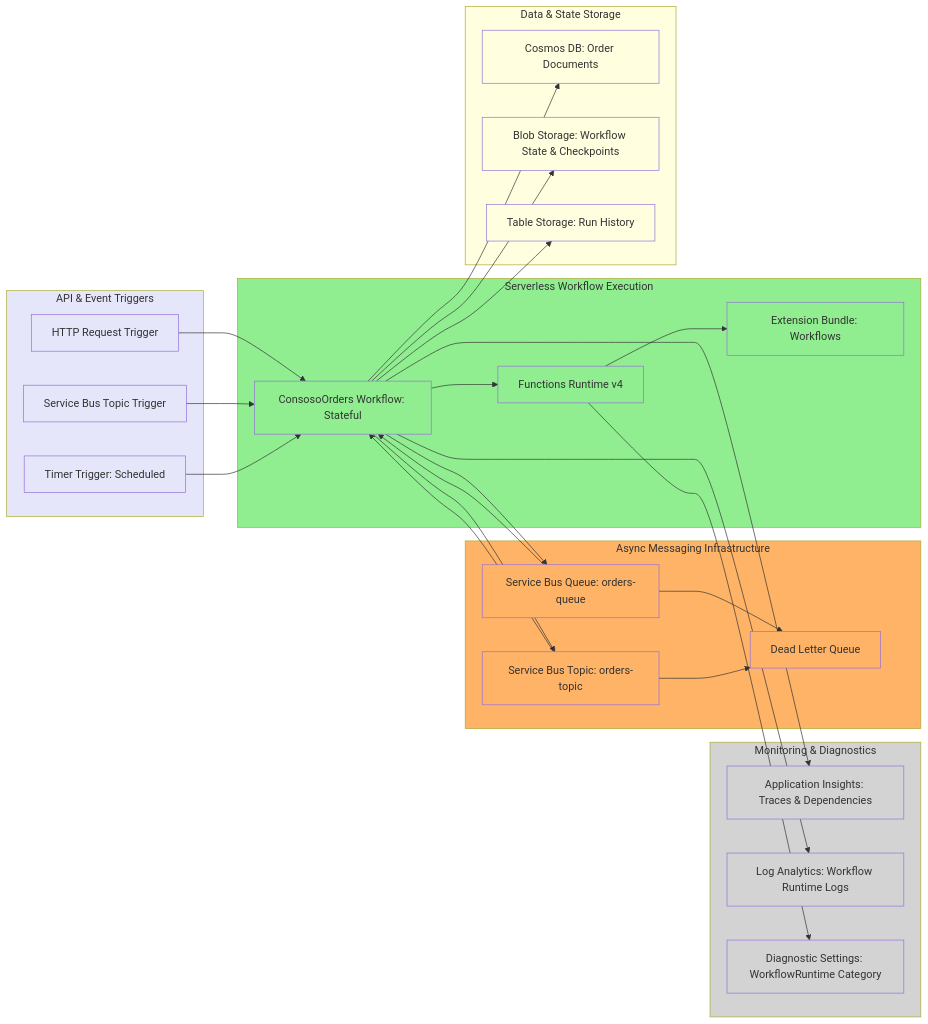
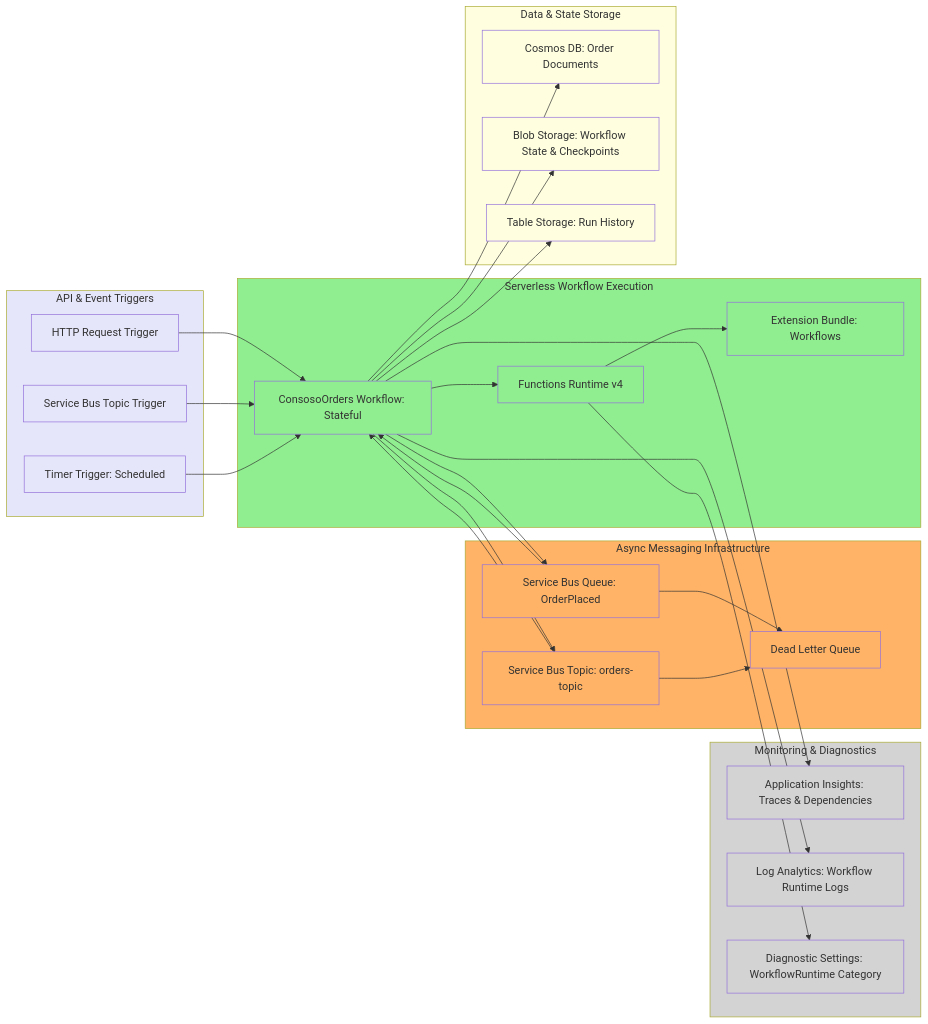
Before and after one commit to Evilazaro/Azure-LogicApps-Monitoring: diagram 11 of 12 in README.md, drawn with Mermaid. The commit also changed other lines of this file and 9 other files, not shown here.

Commit message:
Refactor messaging configuration: update queue references from 'orders-queue' to 'OrderPlaced' across multiple files

````diff
--- a/README.md
+++ b/README.md
@@ -756,71 +756,71 @@
 ```mermaid
 flowchart LR
     subgraph Triggers[API & Event Triggers]
         style Triggers fill:#E6E6FA
         API[HTTP Request Trigger]
         SB[Service Bus Topic Trigger]
         TIMER[Timer Trigger: Scheduled]
     end
     
     subgraph Functions[Serverless Workflow Execution]
         style Functions fill:#90EE90
         LA1[ConsosoOrders Workflow: Stateful]
         LA2[Functions Runtime v4]
         LA3[Extension Bundle: Workflows]
     end
     
     subgraph Queues[Async Messaging Infrastructure]
         style Queues fill:#FFB366
-        Q1[Service Bus Queue: orders-queue]
+        Q1[Service Bus Queue: OrderPlaced]
         T1[Service Bus Topic: orders-topic]
         DLQ[Dead Letter Queue]
     end
     
     subgraph Storage[Data & State Storage]
         style Storage fill:#FFFFE0
         DB[Cosmos DB: Order Documents]
         BLOB[Blob Storage: Workflow State & Checkpoints]
         TABLE[Table Storage: Run History]
     end
     
     subgraph Monitoring[Monitoring & Diagnostics]
         style Monitoring fill:#D3D3D3
         AI[Application Insights: Traces & Dependencies]
         LA[Log Analytics: Workflow Runtime Logs]
         DIAG[Diagnostic Settings: WorkflowRuntime Category]
     end
     
     API --> LA1
     SB --> LA1
     TIMER --> LA1
     LA1 --> LA2
     LA2 --> LA3
     LA1 --> Q1
     LA1 --> T1
     Q1 --> LA1
     T1 --> LA1
     Q1 --> DLQ
     T1 --> DLQ
     LA1 --> DB
     LA1 --> BLOB
     LA1 --> TABLE
     LA1 --> AI
     LA1 --> LA
     LA2 --> DIAG
     
     style API fill:#E6E6FA
     style SB fill:#E6E6FA
     style TIMER fill:#E6E6FA
     style LA1 fill:#90EE90
     style LA2 fill:#90EE90
     style LA3 fill:#90EE90
     style Q1 fill:#FFB366
     style T1 fill:#FFB366
     style DLQ fill:#FFB366
     style DB fill:#FFFFE0
     style BLOB fill:#FFFFE0
     style TABLE fill:#FFFFE0
     style AI fill:#D3D3D3
     style LA fill:#D3D3D3
     style DIAG fill:#D3D3D3
 ```
````
